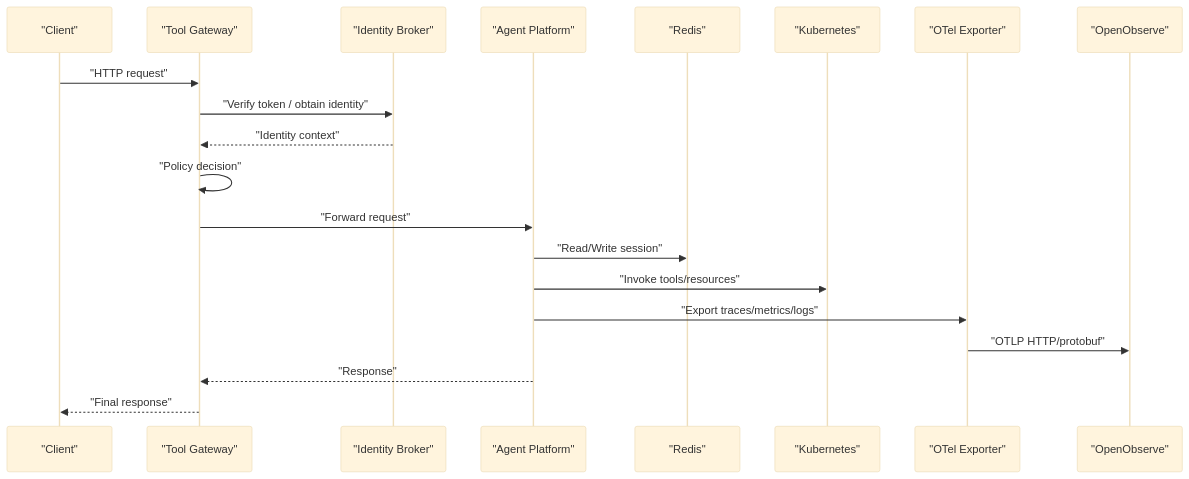
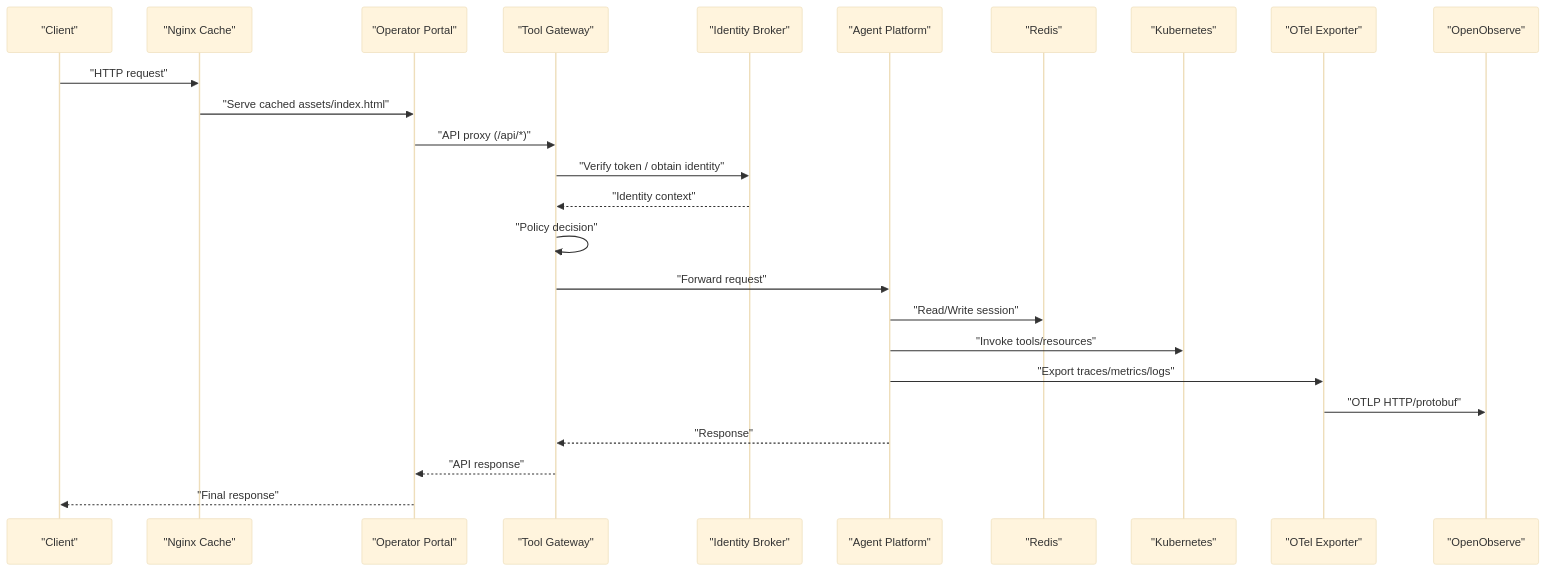
The second of 3 diagrams in .qoder/repowiki/en/content/Troubleshooting and FAQ.md (metasync/luban-aiops), drawn with Mermaid (base theme) before and after one commit. The commit also changed other lines of this file and 51 other files, not shown here.

Commit message:
docs: refresh repowiki knowledge cache for SPEC-023 portal framework rebuild

````diff
--- a/.qoder/repowiki/en/content/Troubleshooting and FAQ.md
+++ b/.qoder/repowiki/en/content/Troubleshooting and FAQ.md
@@ -136,22 +147,27 @@
 ```mermaid
 sequenceDiagram
 participant Client as "Client"
+participant Nginx as "Nginx Cache"
+participant Portal as "Operator Portal"
 participant Gateway as "Tool Gateway"
 participant Auth as "Identity Broker"
 participant Agent as "Agent Platform"
 participant Store as "Redis"
 participant K8S as "Kubernetes"
 participant Otel as "OTel Exporter"
 participant Observe as "OpenObserve"
-Client->>Gateway : "HTTP request"
+Client->>Nginx : "HTTP request"
+Nginx->>Portal : "Serve cached assets/index.html"
+Portal->>Gateway : "API proxy (/api/*)"
 Gateway->>Auth : "Verify token / obtain identity"
 Auth-->>Gateway : "Identity context"
 Gateway->>Gateway : "Policy decision"
 Gateway->>Agent : "Forward request"
 Agent->>Store : "Read/Write session"
 Agent->>K8S : "Invoke tools/resources"
 Agent->>Otel : "Export traces/metrics/logs"
 Otel->>Observe : "OTLP HTTP/protobuf"
 Agent-->>Gateway : "Response"
-Gateway-->>Client : "Final response"
+Gateway-->>Portal : "API response"
+Portal-->>Client : "Final response"
 ```
````
